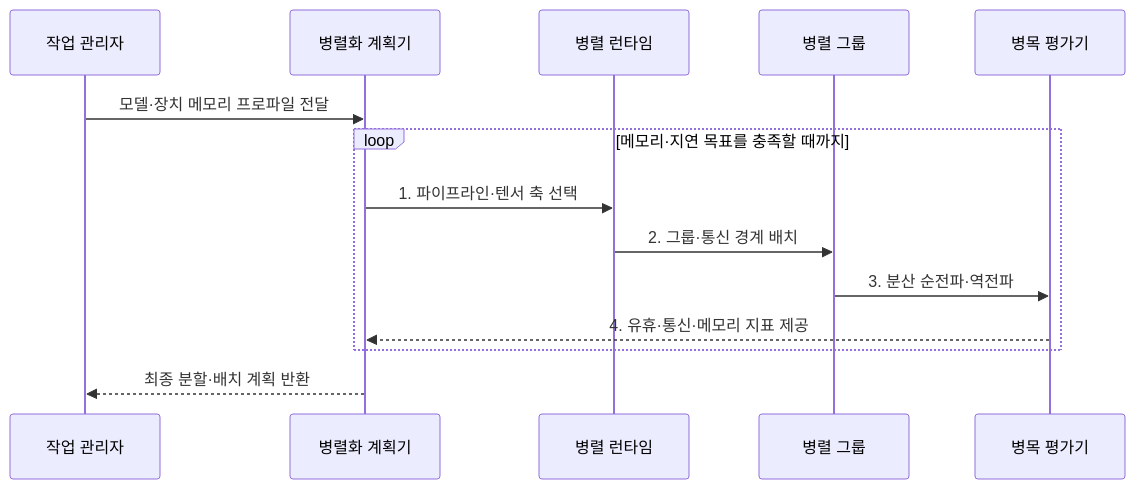
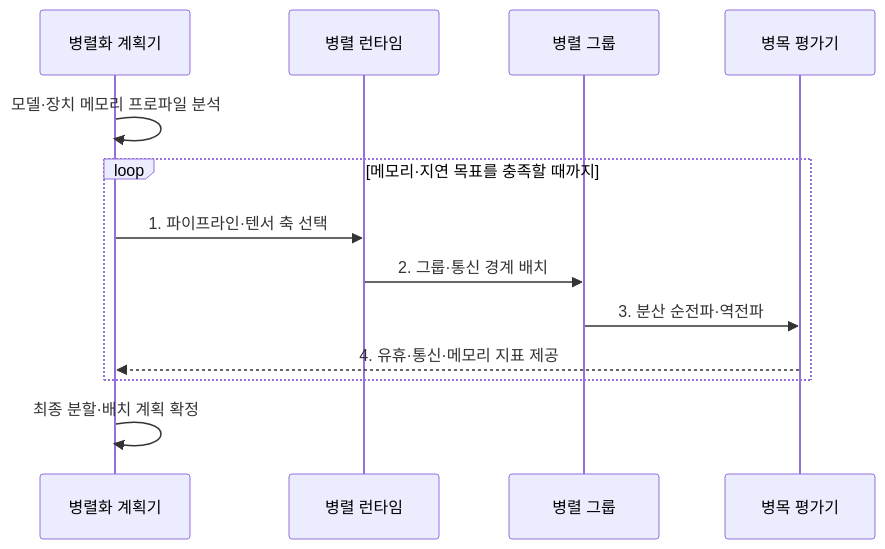
Before and after one commit to agnusdei1207/knowledge-base: the second of 2 diagrams in src/content/docs/notes/08-latest-tech/155_model_parallelism.md, drawn with Mermaid. The commit also changed 9 other files, not shown here.

Commit message:
Simplify distributed platform flows

````diff
--- a/src/content/docs/notes/08-latest-tech/155_model_parallelism.md
+++ b/src/content/docs/notes/08-latest-tech/155_model_parallelism.md
@@ -99,16 +99,15 @@
 ```mermaid
 sequenceDiagram
-    participant O as 작업 관리자
     participant P as 병렬화 계획기
     participant R as 병렬 런타임
     participant G as 병렬 그룹
     participant M as 병목 평가기
-    O->>P: 모델·장치 메모리 프로파일 전달
+    P->>P: 모델·장치 메모리 프로파일 분석
     loop 메모리·지연 목표를 충족할 때까지
         P->>R: 1. 파이프라인·텐서 축 선택
         R->>G: 2. 그룹·통신 경계 배치
         G->>M: 3. 분산 순전파·역전파
         M-->>P: 4. 유휴·통신·메모리 지표 제공
     end
-    P-->>O: 최종 분할·배치 계획 반환
+    P->>P: 최종 분할·배치 계획 확정
 ```
````
